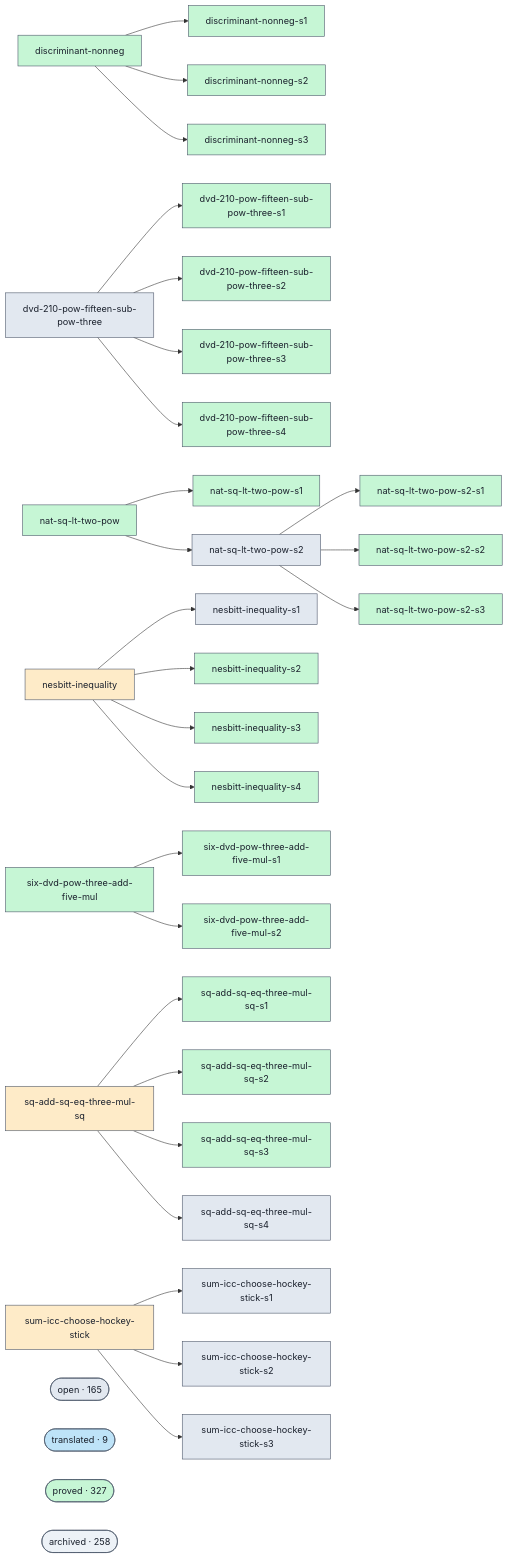
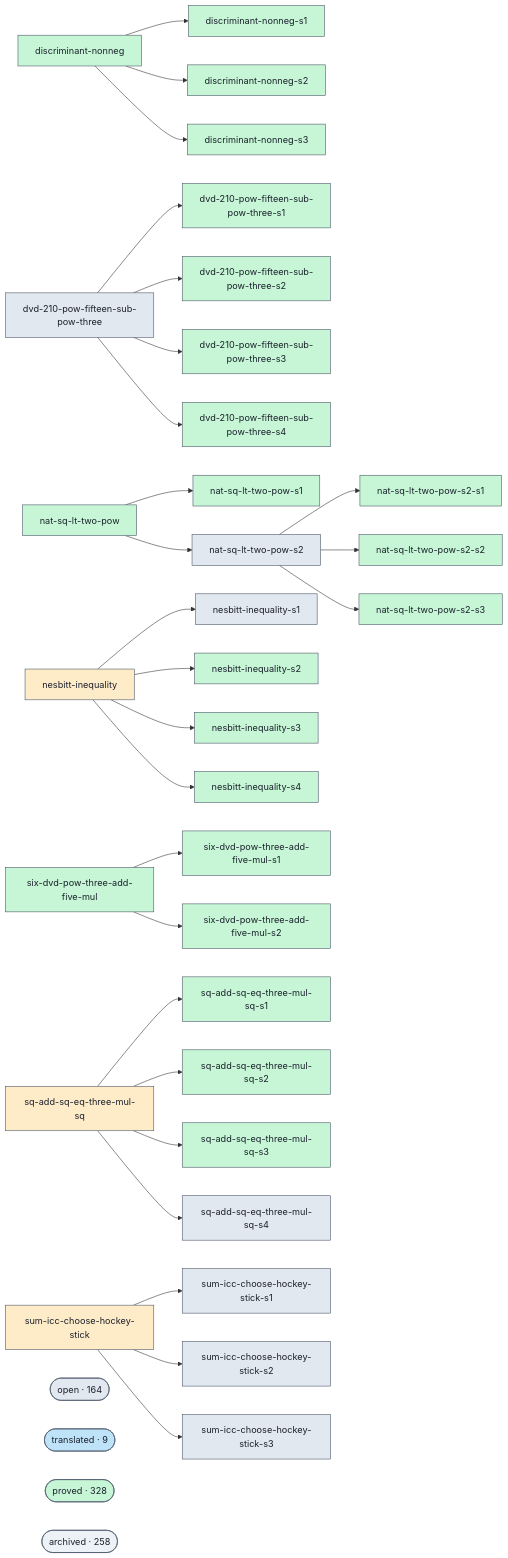
Before and after one commit to ohdearquant/unsorry: the diagram in docs/proofs-contributors-visualisation.md, drawn with Mermaid. The commit also changed other lines of this file and 2 other files, not shown here.

```diff
--- a/docs/proofs-contributors-visualisation.md
+++ b/docs/proofs-contributors-visualisation.md
@@ -143,11 +143,11 @@
   g_sum_icc_choose_hockey_stick --> g_sum_icc_choose_hockey_stick_s1
   g_sum_icc_choose_hockey_stick --> g_sum_icc_choose_hockey_stick_s2
   g_sum_icc_choose_hockey_stick --> g_sum_icc_choose_hockey_stick_s3
-  cluster_open(["open · 165"])
+  cluster_open(["open · 164"])
   class cluster_open open;
   cluster_translated(["translated · 9"])
   class cluster_translated translated;
-  cluster_proved(["proved · 327"])
+  cluster_proved(["proved · 328"])
   class cluster_proved proved;
   cluster_archived(["archived · 258"])
   class cluster_archived unknown;
```
